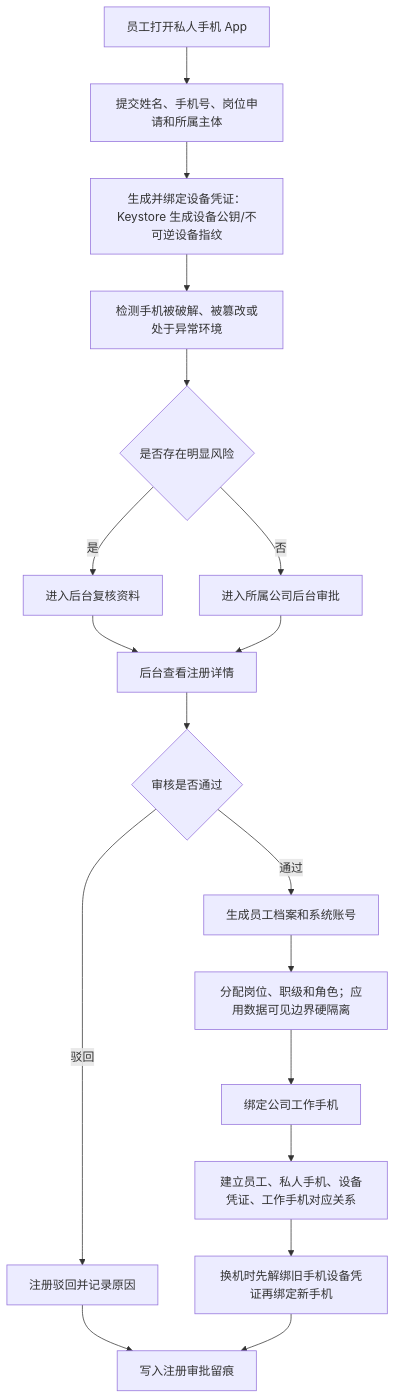
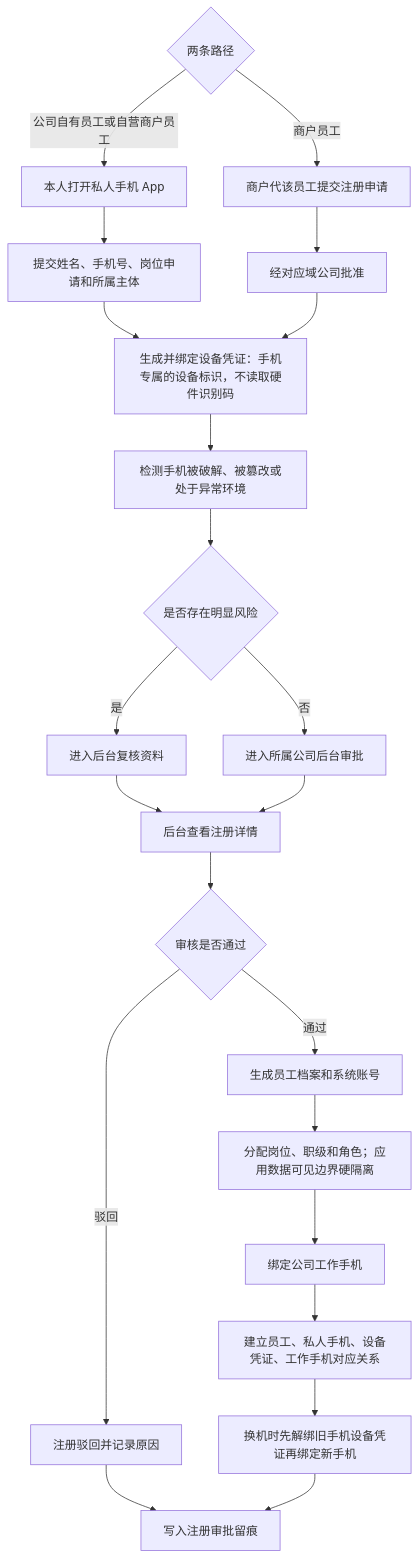
One commit to jxh1979/mall changed the eighth of 14 diagrams in docs/platform-governance-product-spec-v0.2.md. Above: the diagram before and after it, drawn with Mermaid. The commit also changed other lines of this file and 8 other files, not shown here.

````diff
--- a/docs/platform-governance-product-spec-v0.2.md
+++ b/docs/platform-governance-product-spec-v0.2.md
@@ -1740,20 +1728,24 @@
 ```mermaid
 flowchart TD
-    A["员工打开私人手机 App"] --> B["提交姓名、手机号、岗位申请和所属主体"]
-    B --> C["生成并绑定设备凭证：Keystore 生成设备公钥/不可逆设备指纹"]
+    A0{"两条路径"} -- "公司自有员工或自营商户员工" --> A["本人打开私人手机 App"]
+    A0 -- "商户员工" --> A2["商户代该员工提交注册申请"]
+    A --> B["提交姓名、手机号、岗位申请和所属主体"]
+    A2 --> B2["经对应域公司批准"]
+    B --> C["生成并绑定设备凭证：手机专属的设备标识，不读取硬件识别码"]
+    B2 --> C
     C --> D["检测手机被破解、被篡改或处于异常环境"]
     D --> E{"是否存在明显风险"}
     E -- "是" --> F["进入后台复核资料"]
     E -- "否" --> G["进入所属公司后台审批"]
     F --> H["后台查看注册详情"]
     G --> H
     H --> I{"审核是否通过"}
     I -- "驳回" --> J["注册驳回并记录原因"]
     I -- "通过" --> K["生成员工档案和系统账号"]
     K --> L["分配岗位、职级和角色；应用数据可见边界硬隔离"]
     L --> M["绑定公司工作手机"]
     M --> N["建立员工、私人手机、设备凭证、工作手机对应关系"]
     N --> N1["换机时先解绑旧手机设备凭证再绑定新手机"]
     J --> O["写入注册审批留痕"]
     N1 --> O
 ```
````
